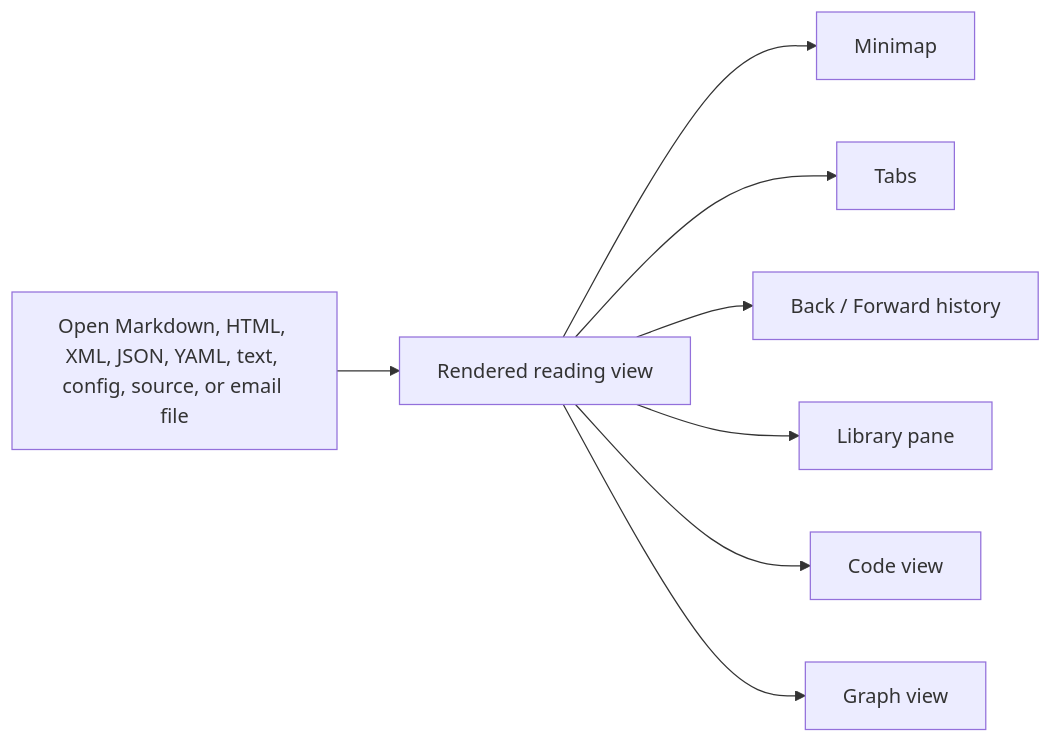
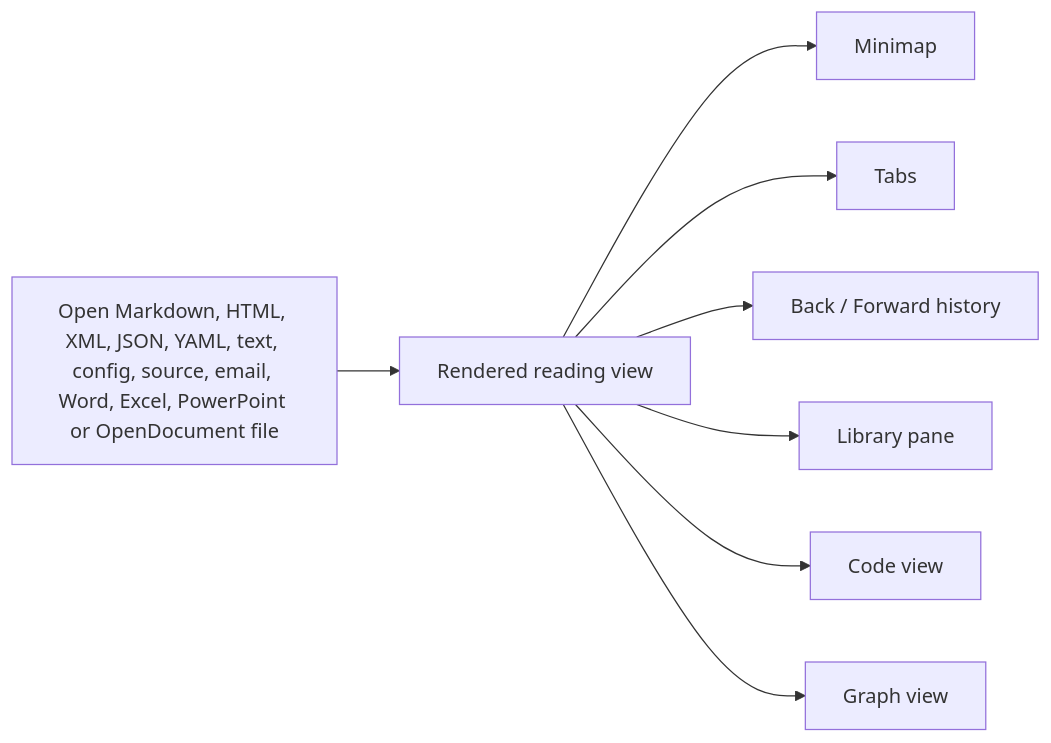
The diagram in docs/01-introduction.md (ryanallen/leaftext), drawn with Mermaid before and after one commit. The commit also changed other lines of this file and 17 other files, not shown here.

Commit message:
A second spreadsheet cell typed in one sitting no longer mangles the sheet the site build draws the six packaged formats again and the pages say the app opens Word Excel PowerPoint and OpenDocument files

````diff
--- a/docs/01-introduction.md
+++ b/docs/01-introduction.md
@@ -72,10 +73,10 @@
 ```mermaid
 flowchart LR
-    A[Open Markdown, HTML, XML, JSON, YAML, text, config, source, or email file] --> B[Rendered reading view]
+    A[Open Markdown, HTML, XML, JSON, YAML, text, config, source, email, Word, Excel, PowerPoint or OpenDocument file] --> B[Rendered reading view]
     B --> C[Minimap]
     B --> D[Tabs]
     B --> E[Back / Forward history]
     B --> F[Library pane]
     B --> G[Code view]
     B --> H[Graph view]
 ```
````
